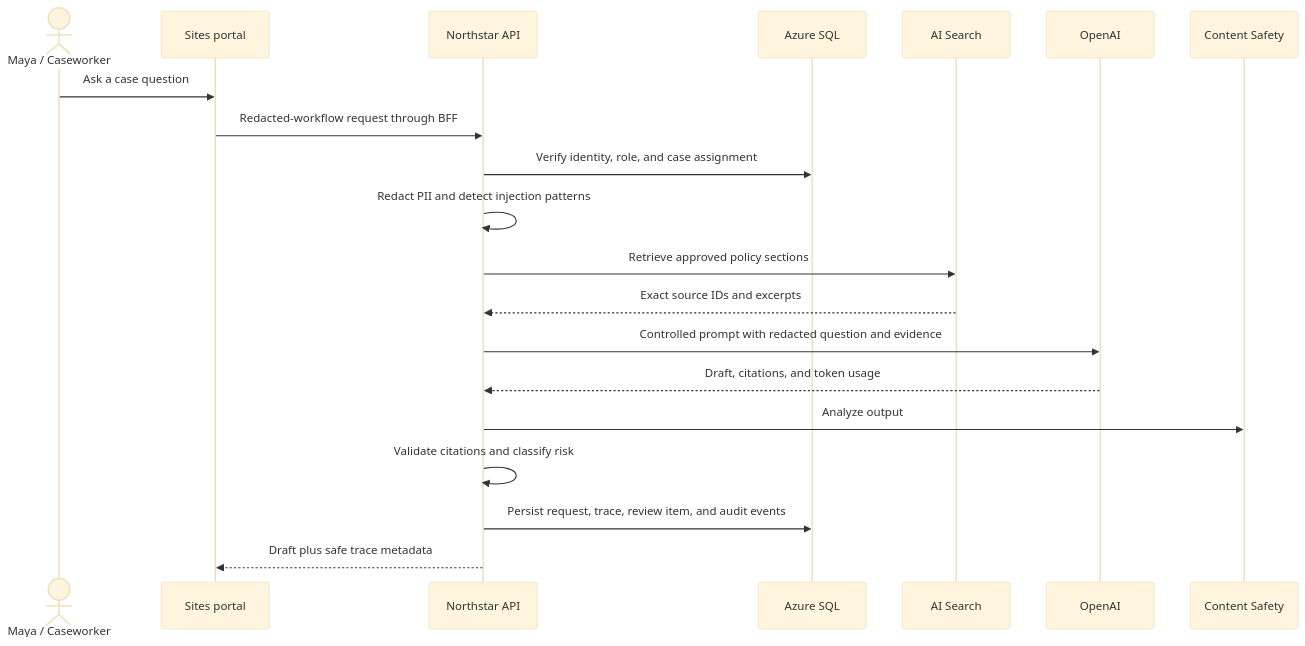
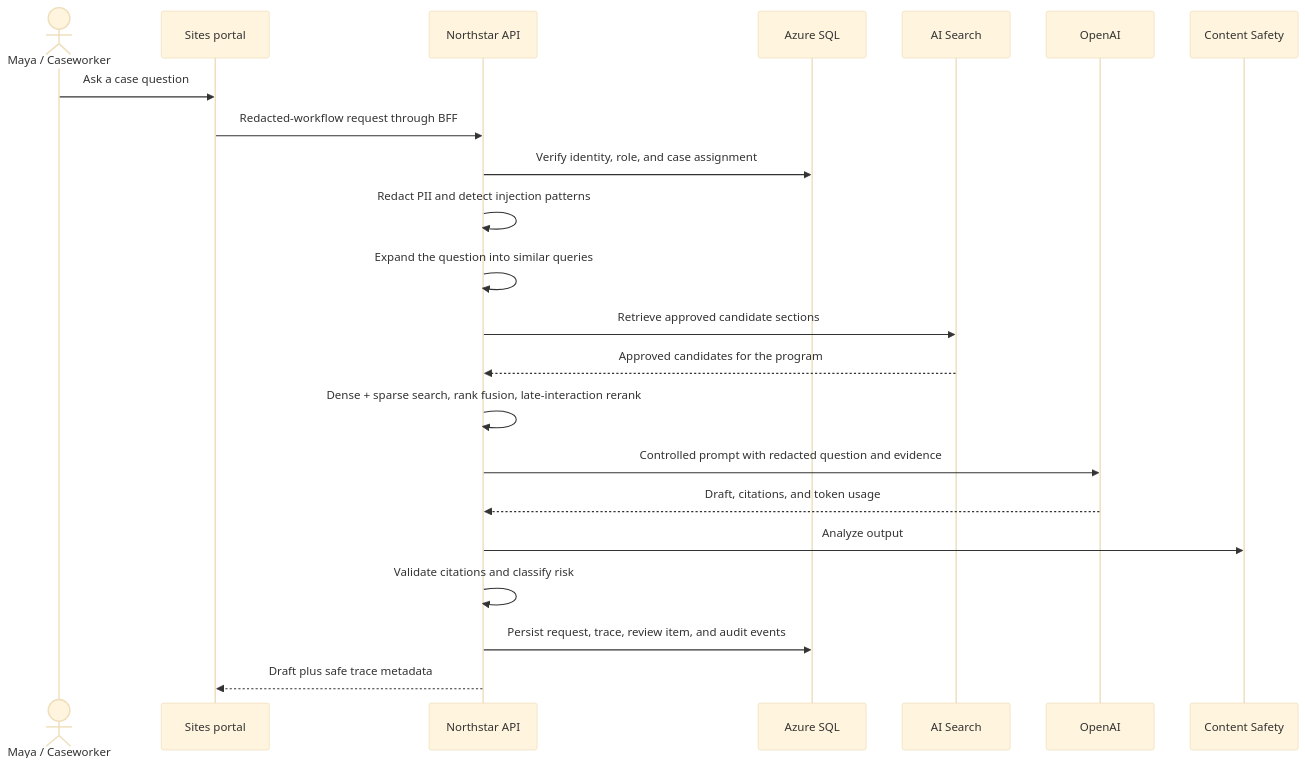
Before and after one commit to Jrjoseph831/northstar-caseassist: the third of 4 diagrams in docs/architecture.md, drawn with Mermaid (base theme). The commit also changed other lines of this file and 28 other files, not shown here.

````diff
--- a/docs/architecture.md
+++ b/docs/architecture.md
@@ -38,22 +38,24 @@
 ```mermaid
 sequenceDiagram
     actor Maya as Maya / Caseworker
     participant UI as Sites portal
     participant API as Northstar API
     participant SQL as Azure SQL
     participant Search as AI Search
     participant Model as OpenAI
     participant Safety as Content Safety
     Maya->>UI: Ask a case question
     UI->>API: Redacted-workflow request through BFF
     API->>SQL: Verify identity, role, and case assignment
     API->>API: Redact PII and detect injection patterns
-    API->>Search: Retrieve approved policy sections
-    Search-->>API: Exact source IDs and excerpts
+    API->>API: Expand the question into similar queries
+    API->>Search: Retrieve approved candidate sections
+    Search-->>API: Approved candidates for the program
+    API->>API: Dense + sparse search, rank fusion, late-interaction rerank
     API->>Model: Controlled prompt with redacted question and evidence
     Model-->>API: Draft, citations, and token usage
     API->>Safety: Analyze output
     API->>API: Validate citations and classify risk
     API->>SQL: Persist request, trace, review item, and audit events
     API-->>UI: Draft plus safe trace metadata
 ```
````
